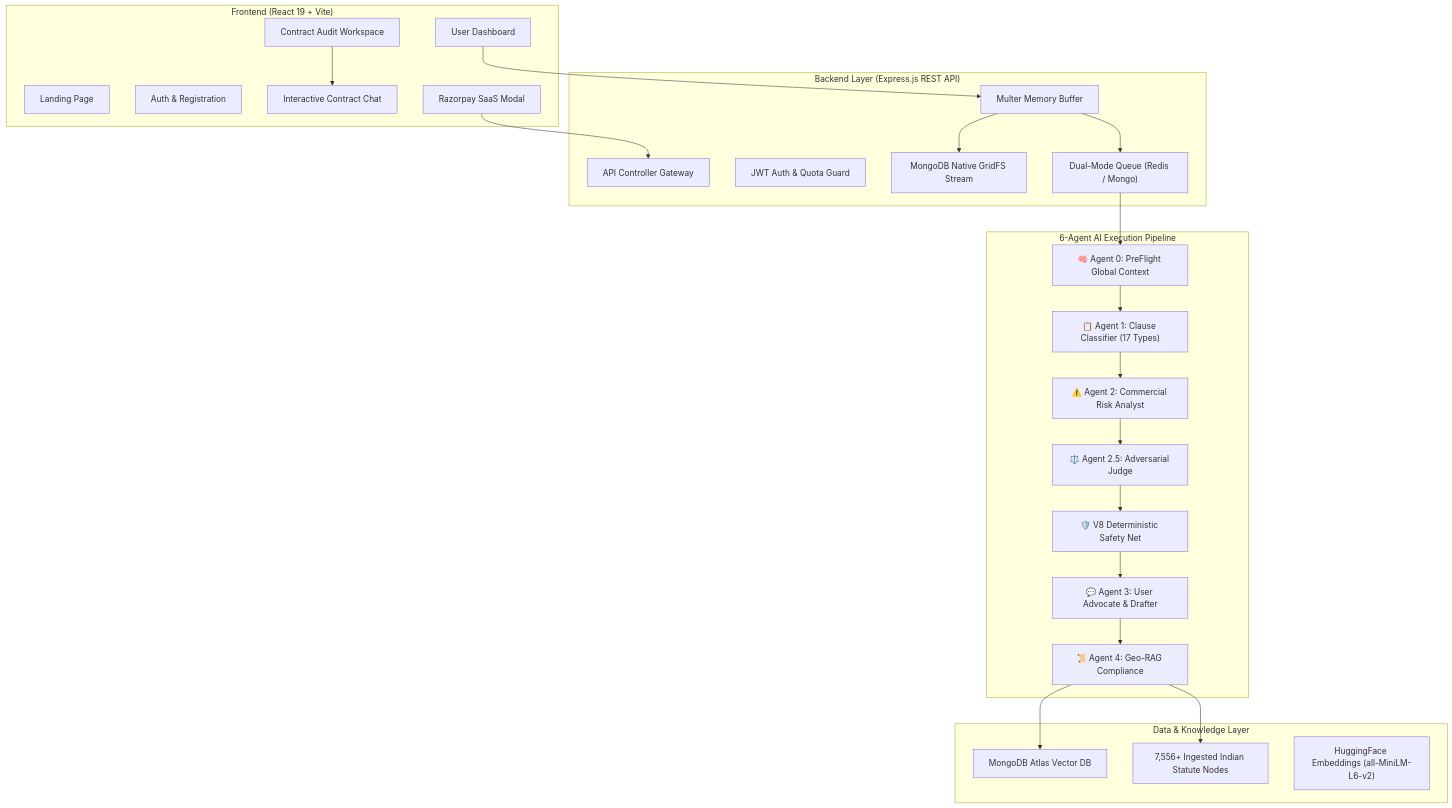
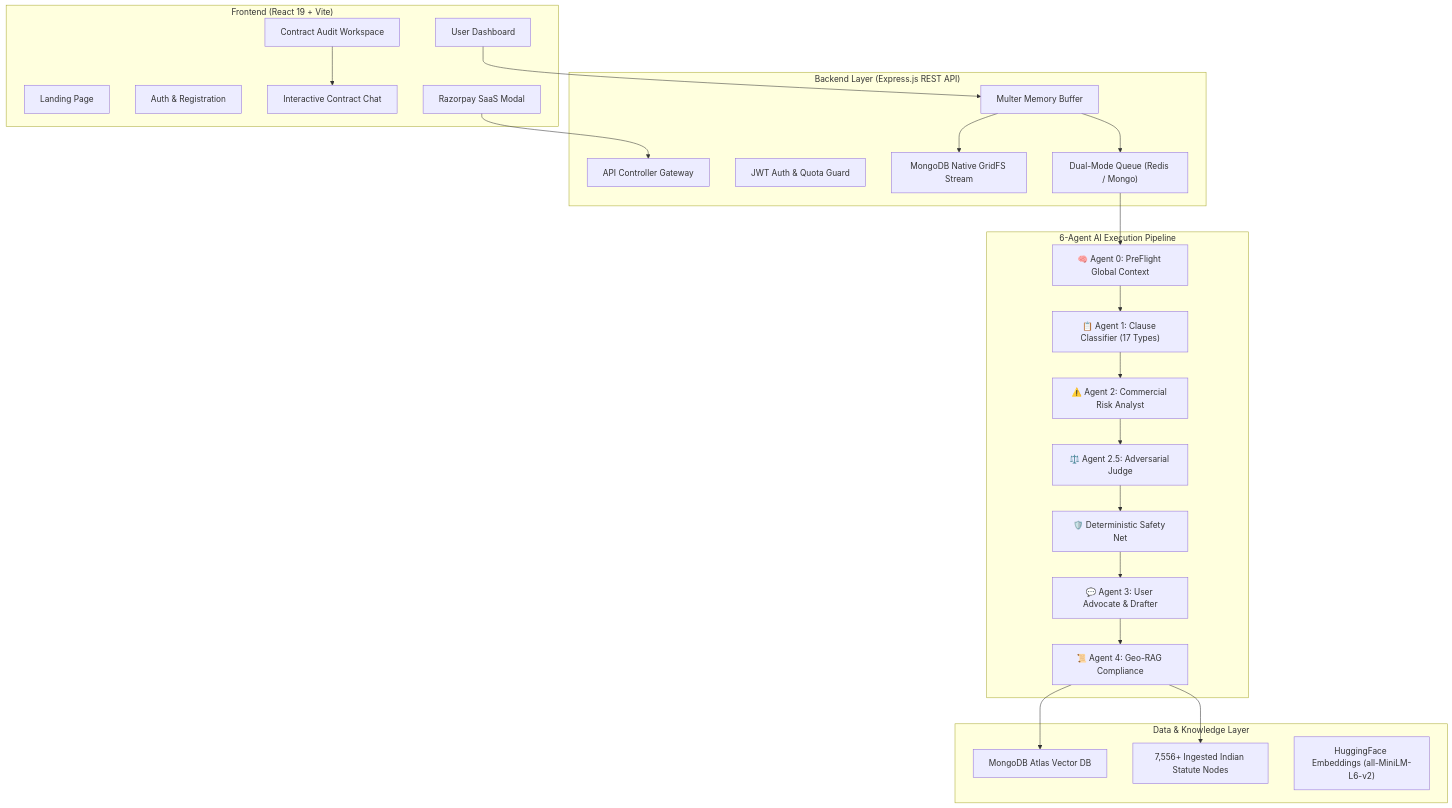
The first of 3 diagrams in README.md (Aditya2514/LexGuard), drawn with Mermaid before and after one commit. The commit also changed other lines of this file and 1 other file, not shown here.

````diff
--- a/README.md
+++ b/README.md
@@ -150,43 +161,43 @@
 ```mermaid
 graph TB
     subgraph "Frontend (React 19 + Vite)"
         LP["Landing Page"]
         AuthView["Auth & Registration"]
         Dash["User Dashboard"]
         Detail["Contract Audit Workspace"]
         ChatUI["Interactive Contract Chat"]
         PricingUI["Razorpay SaaS Modal"]
     end
 
     subgraph "Backend Layer (Express.js REST API)"
         API["API Controller Gateway"]
         JWT["JWT Auth & Quota Guard"]
         UploadSvc["Multer Memory Buffer"]
         GridFS["MongoDB Native GridFS Stream"]
         QueueSvc["Dual-Mode Queue (Redis / Mongo)"]
     end
 
     subgraph "6-Agent AI Execution Pipeline"
         A0["🧠 Agent 0: PreFlight Global Context"]
         A1["📋 Agent 1: Clause Classifier (17 Types)"]
         A2["⚠️ Agent 2: Commercial Risk Analyst"]
         A25["⚖️ Agent 2.5: Adversarial Judge"]
-        V8["🛡️ V8 Deterministic Safety Net"]
+        V8["🛡️ Deterministic Safety Net"]
         A3["💬 Agent 3: User Advocate & Drafter"]
         A4["📜 Agent 4: Geo-RAG Compliance"]
     end
 
     subgraph "Data & Knowledge Layer"
         Mongo["MongoDB Atlas Vector DB"]
         Statutes["7,556+ Ingested Indian Statute Nodes"]
         HF["HuggingFace Embeddings (all-MiniLM-L6-v2)"]
     end
 
     Dash --> UploadSvc --> GridFS
     UploadSvc --> QueueSvc
     QueueSvc --> A0 --> A1 --> A2 --> A25 --> V8 --> A3 --> A4
     A4 --> Statutes
     A4 --> Mongo
     Detail --> ChatUI
     PricingUI --> API
 ```
````
